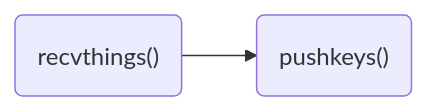
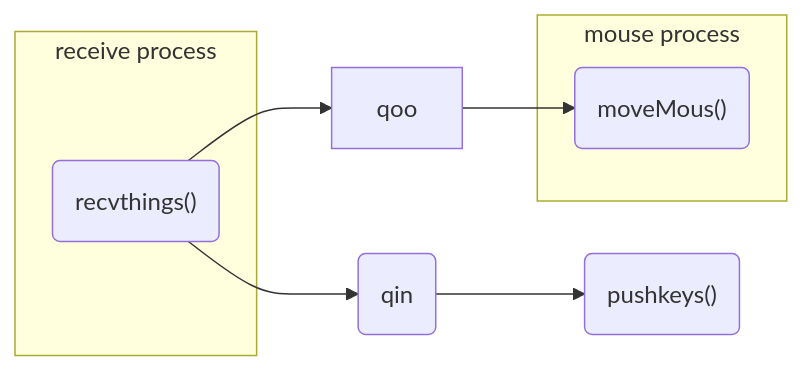
One commit to pxp888/keeb changed the second of 2 diagrams in README.md. Above: the diagram before and after it, drawn with Mermaid. The commit also changed other lines of this file, not shown here.

Commit message:
add readme graphs

````diff
--- a/README.md
+++ b/README.md
@@ -36,7 +46,20 @@
 ```mermaid
 graph LR
 rcv("recvthings()")
 pk("pushkeys()")
+mm("moveMous()")
+qin(qin)
 
-rcv --> pk
+rcv --> qin --> pk
+rcv --> qoo --> mm
+
+
+subgraph "receive process"
+    rcv
+end
+
+subgraph "mouse process"
+    mm
+end
+
 ```
````
